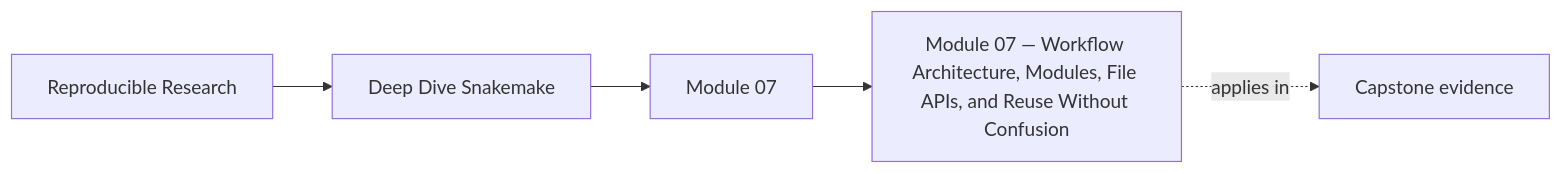
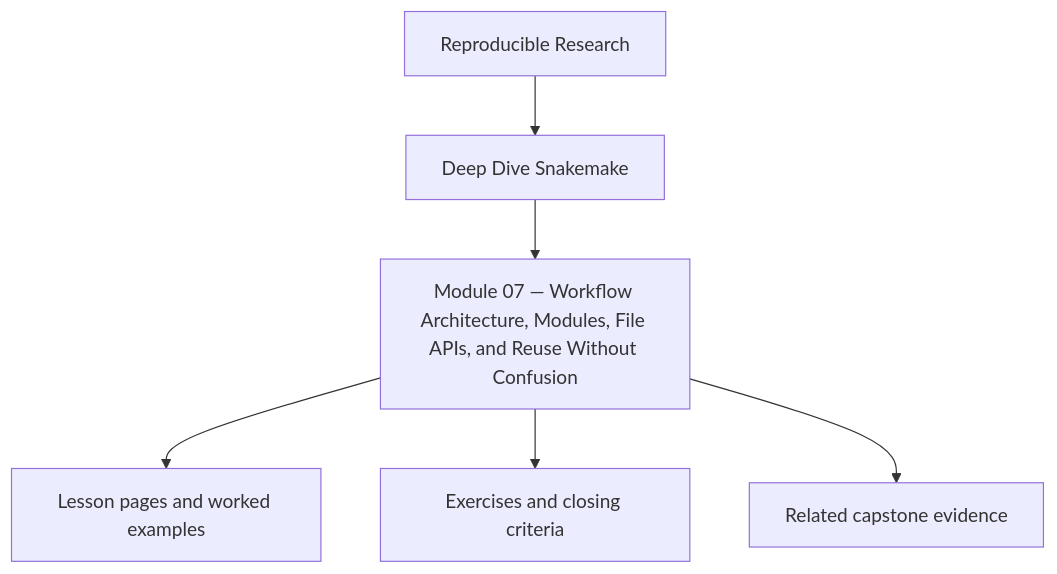
One commit to bijux/bijux-masterclass changed the first of 2 diagrams in programs/reproducible-research/deep-dive-snakemake/course-book/module-07-workflow-architecture-and-file-apis/index.md. Above: the diagram before and after it, drawn with Mermaid. The commit also changed other lines of this file and 10 other files, not shown here.

Commit message:
docs(deep-dive-snakemake): reposition module overview diagrams

````diff
--- a/programs/reproducible-research/deep-dive-snakemake/course-book/module-07-workflow-architecture-and-file-apis/index.md
+++ b/programs/reproducible-research/deep-dive-snakemake/course-book/module-07-workflow-architecture-and-file-apis/index.md
@@ -9,11 +9,8 @@
 ```mermaid
-graph LR
-  family["Reproducible Research"]
-  program["Deep Dive Snakemake"]
-  section["Module 07"]
-  page["Module 07 — Workflow Architecture, Modules, File APIs, and Reuse Without Confusion"]
-  capstone["Capstone evidence"]
-
-  family --> program --> section --> page
-  page -.applies in.-> capstone
+flowchart TD
+  family["Reproducible Research"] --> program["Deep Dive Snakemake"]
+  program --> module["Module 07 — Workflow Architecture, Modules, File APIs, and Reuse Without Confusion"]
+  module --> lessons["Lesson pages and worked examples"]
+  module --> checkpoints["Exercises and closing criteria"]
+  module --> capstone["Related capstone evidence"]
 ```
````
